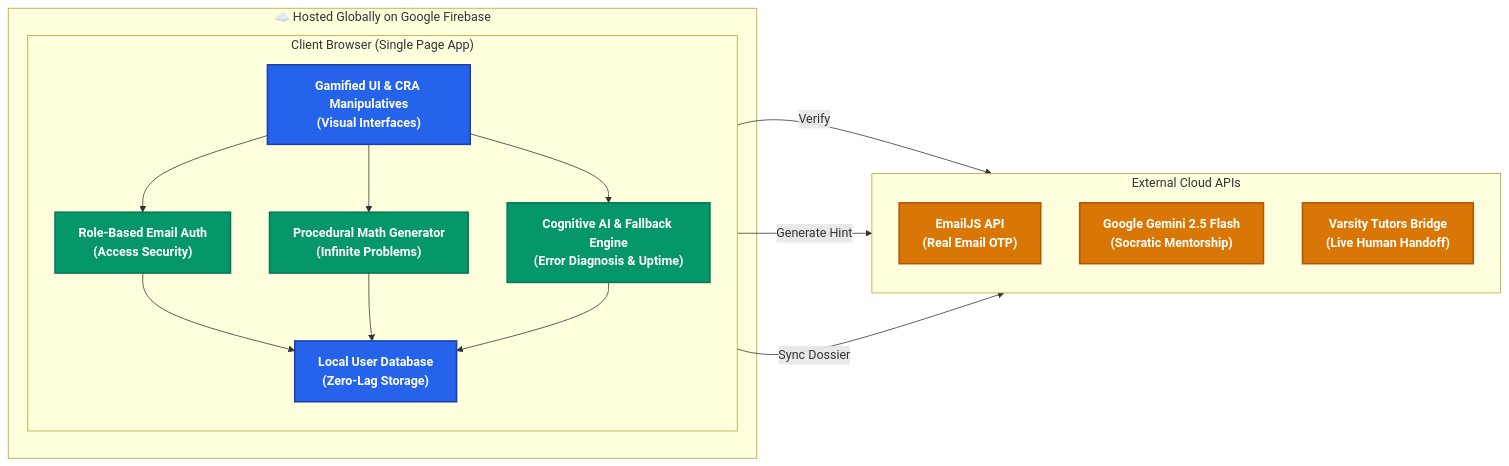
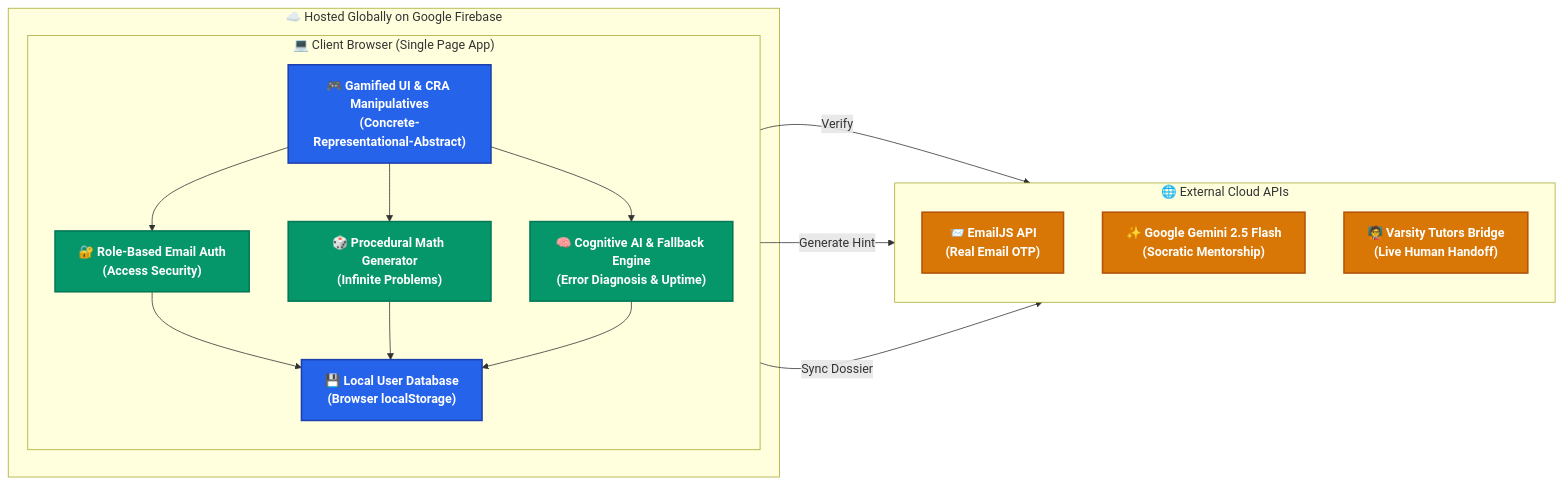
The first of 8 diagrams in ARCHITECTURE.md (SKannaian/nerdy-arithmetic-ai), drawn with Mermaid before and after one commit.

Commit message:
Beautify topology diagram with emojis and explicitly spell out CRA and localStorage

````diff
--- a/ARCHITECTURE.md
+++ b/ARCHITECTURE.md
@@ -27,37 +27,37 @@
 ```mermaid
 graph LR
     %% Styling - High Contrast for Presentations
     classDef primary fill:#2563eb,stroke:#1e40af,stroke-width:2px,color:#ffffff,font-weight:bold;
     classDef logic fill:#059669,stroke:#047857,stroke-width:2px,color:#ffffff,font-weight:bold;
     classDef cloud fill:#d97706,stroke:#b45309,stroke-width:2px,color:#ffffff,font-weight:bold;
 
     subgraph Firebase ["☁️ Hosted Globally on Google Firebase"]
-        subgraph Client ["Client Browser (Single Page App)"]
+        subgraph Client ["💻 Client Browser (Single Page App)"]
             direction TB
-            UI["Gamified UI & CRA Manipulatives<br/>(Visual Interfaces)"]:::primary
-            Auth["Role-Based Email Auth<br/>(Access Security)"]:::logic
-            Gen["Procedural Math Generator<br/>(Infinite Problems)"]:::logic
-            AI["Cognitive AI & Fallback Engine<br/>(Error Diagnosis & Uptime)"]:::logic
-            DB["Local User Database<br/>(Zero-Lag Storage)"]:::primary
+            UI["🎮 Gamified UI & CRA Manipulatives<br/>(Concrete-Representational-Abstract)"]:::primary
+            Auth["🔐 Role-Based Email Auth<br/>(Access Security)"]:::logic
+            Gen["🎲 Procedural Math Generator<br/>(Infinite Problems)"]:::logic
+            AI["🧠 Cognitive AI & Fallback Engine<br/>(Error Diagnosis & Uptime)"]:::logic
+            DB["💾 Local User Database<br/>(Browser localStorage)"]:::primary
             
             UI --> Auth
             UI --> Gen
             UI --> AI
             Auth --> DB
             Gen --> DB
             AI --> DB
         end
     end
 
-    subgraph External ["External Cloud APIs"]
+    subgraph External ["🌐 External Cloud APIs"]
         direction TB
-        Email["EmailJS API<br/>(Real Email OTP)"]:::cloud
-        Gemini["Google Gemini 2.5 Flash<br/>(Socratic Mentorship)"]:::cloud
-        Varsity["Varsity Tutors Bridge<br/>(Live Human Handoff)"]:::cloud
+        Email["📨 EmailJS API<br/>(Real Email OTP)"]:::cloud
+        Gemini["✨ Google Gemini 2.5 Flash<br/>(Socratic Mentorship)"]:::cloud
+        Varsity["🧑‍🏫 Varsity Tutors Bridge<br/>(Live Human Handoff)"]:::cloud
     end
 
     %% Cross-boundary connections
     Auth -- "Verify" --> Email
     AI -- "Generate Hint" --> Gemini
     DB -- "Sync Dossier" --> Varsity
 ```
````
